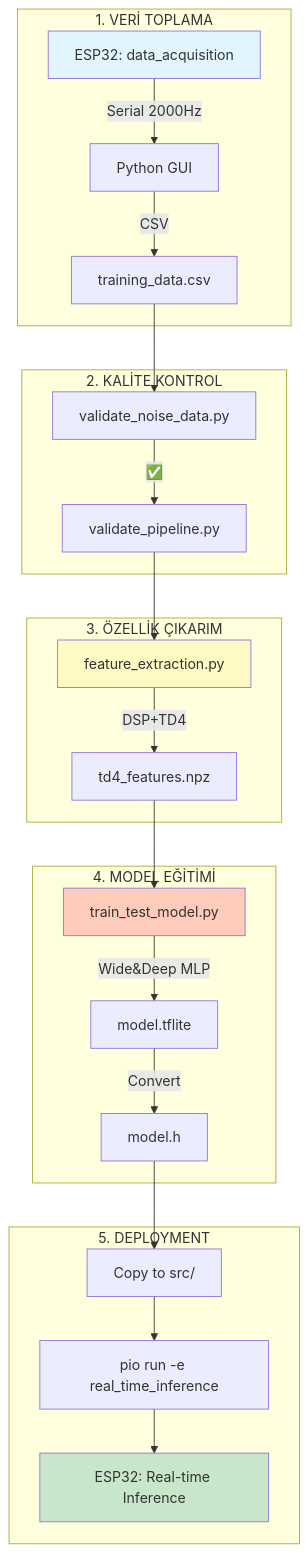
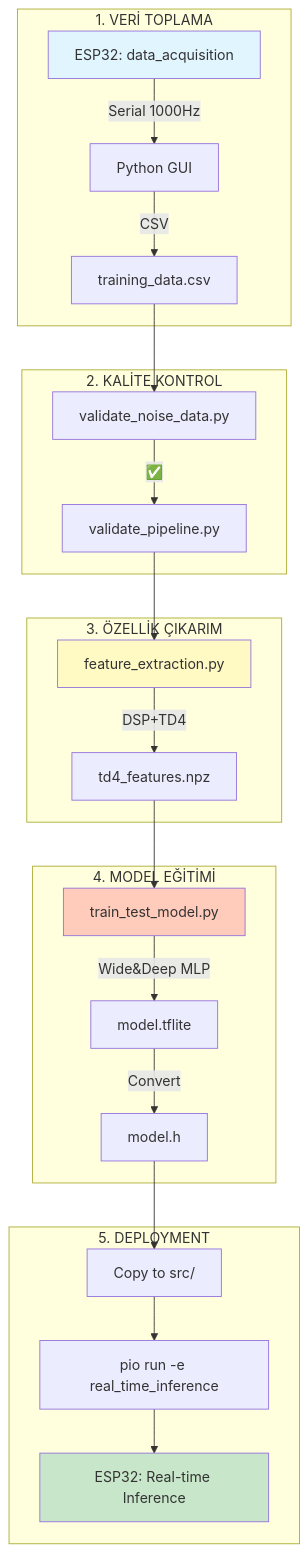
The second of 2 diagrams in README.md (ikoshos-gland/Esp-32-s3-Bionic-Hand), drawn with Mermaid before and after one commit. The commit also changed other lines of this file and 26 other files, not shown here.

````diff
--- a/README.md
+++ b/README.md
@@ -413,34 +413,34 @@
 ```mermaid
 graph TB
     subgraph "1. VERİ TOPLAMA"
-        A1[ESP32: data_acquisition] -->|Serial 2000Hz| A2[Python GUI]
+        A1[ESP32: data_acquisition] -->|Serial 1000Hz| A2[Python GUI]
         A2 -->|CSV| A3[training_data.csv]
     end
     
     subgraph "2. KALİTE KONTROL"
         A3 --> B1[validate_noise_data.py]
         B1 -->|✅| B2[validate_pipeline.py]
     end
     
     subgraph "3. ÖZELLİK ÇIKARIM"
         B2 --> C1[feature_extraction.py]
         C1 -->|DSP+TD4| C2[td4_features.npz]
     end
     
     subgraph "4. MODEL EĞİTİMİ"
         C2 --> D1[train_test_model.py]
         D1 -->|Wide&Deep MLP| D2[model.tflite]
         D2 -->|Convert| D3[model.h]
     end
     
     subgraph "5. DEPLOYMENT"
         D3 --> E1[Copy to src/]
         E1 --> E2[pio run -e real_time_inference]
         E2 --> E3[ESP32: Real-time Inference]
     end
     
     style A1 fill:#e1f5fe
     style C1 fill:#fff9c4
     style D1 fill:#ffccbc
     style E3 fill:#c8e6c9
 ```
````
